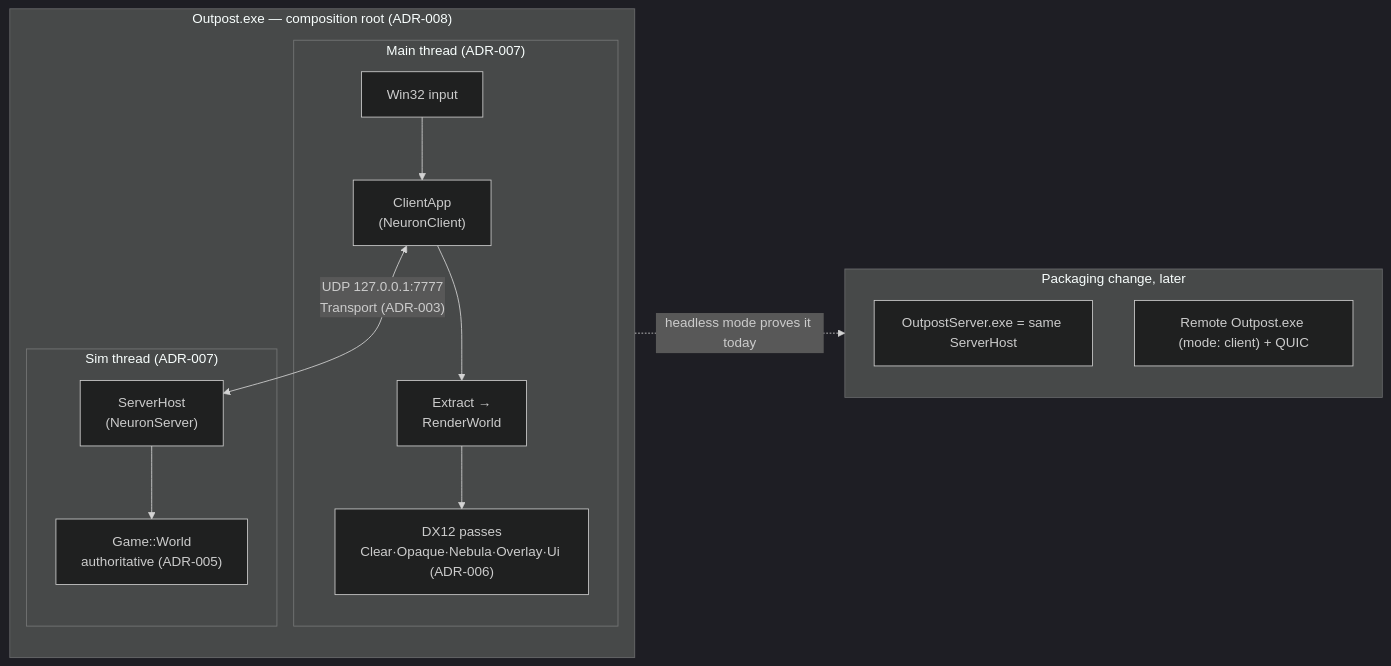
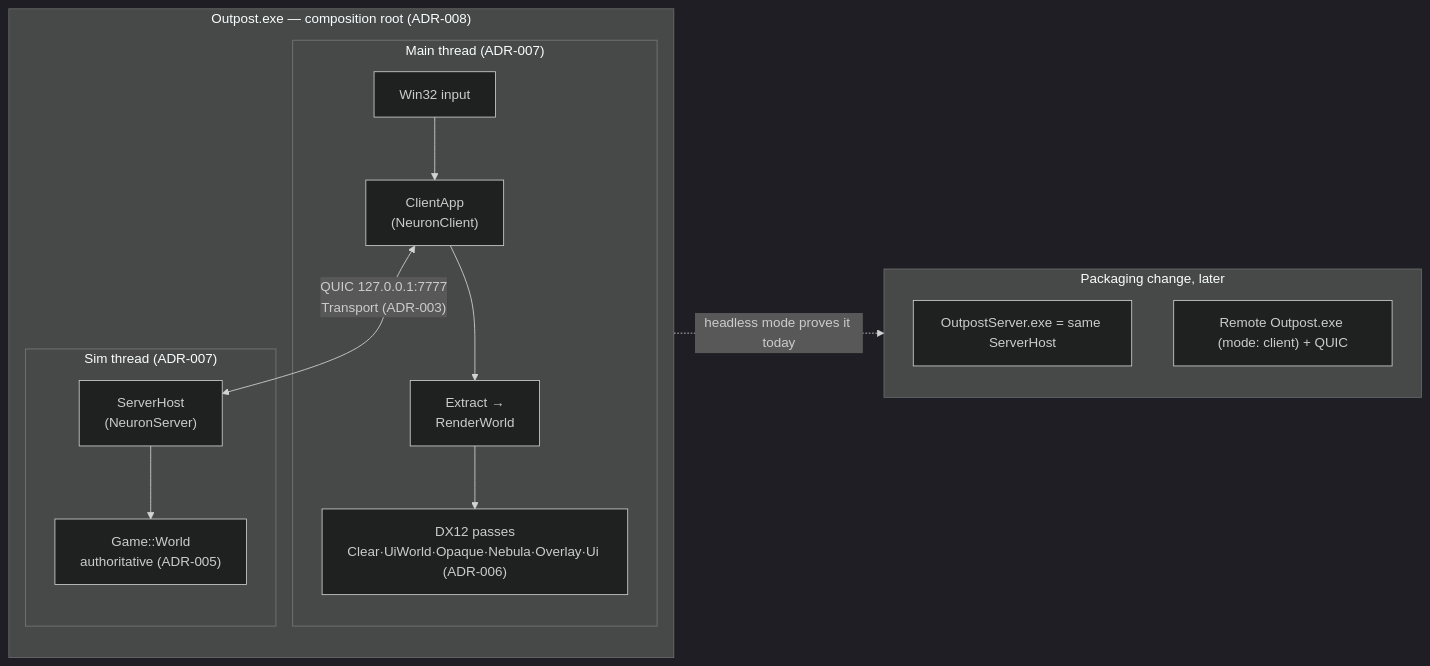
The first of 2 diagrams in Design/Architecture-Overview.md (Zwaliebaba/Outpost.Frontier), drawn with Mermaid (dark theme) before and after one commit. The commit also changed other lines of this file and 16 other files, not shown here.

````diff
--- a/Design/Architecture-Overview.md
+++ b/Design/Architecture-Overview.md
@@ -13,18 +23,18 @@
 ```mermaid
 flowchart LR
     subgraph EXE["Outpost.exe — composition root (ADR-008)"]
         subgraph MAINT["Main thread (ADR-007)"]
             IN[Win32 input] --> CA
-            CA["ClientApp<br/>(NeuronClient)"] --> RW["Extract →<br/>RenderWorld"] --> GPU["DX12 passes<br/>Clear·Opaque·Nebula·Overlay·Ui (ADR-006)"]
+            CA["ClientApp<br/>(NeuronClient)"] --> RW["Extract →<br/>RenderWorld"] --> GPU["DX12 passes<br/>Clear·UiWorld·Opaque·Nebula·Overlay·Ui (ADR-006)"]
         end
         subgraph SIMT["Sim thread (ADR-007)"]
             SH["ServerHost<br/>(NeuronServer)"] --> W["Game::World<br/>authoritative (ADR-005)"]
         end
-        CA <-- "UDP 127.0.0.1:7777<br/>Transport (ADR-003)" --> SH
+        CA <-- "QUIC 127.0.0.1:7777<br/>Transport (ADR-003)" --> SH
     end
     subgraph FUT["Packaging change, later"]
         OS["OutpostServer.exe = same ServerHost"]
         RC["Remote Outpost.exe (mode: client) + QUIC"]
     end
     EXE -.->|"headless mode proves it today"| FUT
 ```
````
